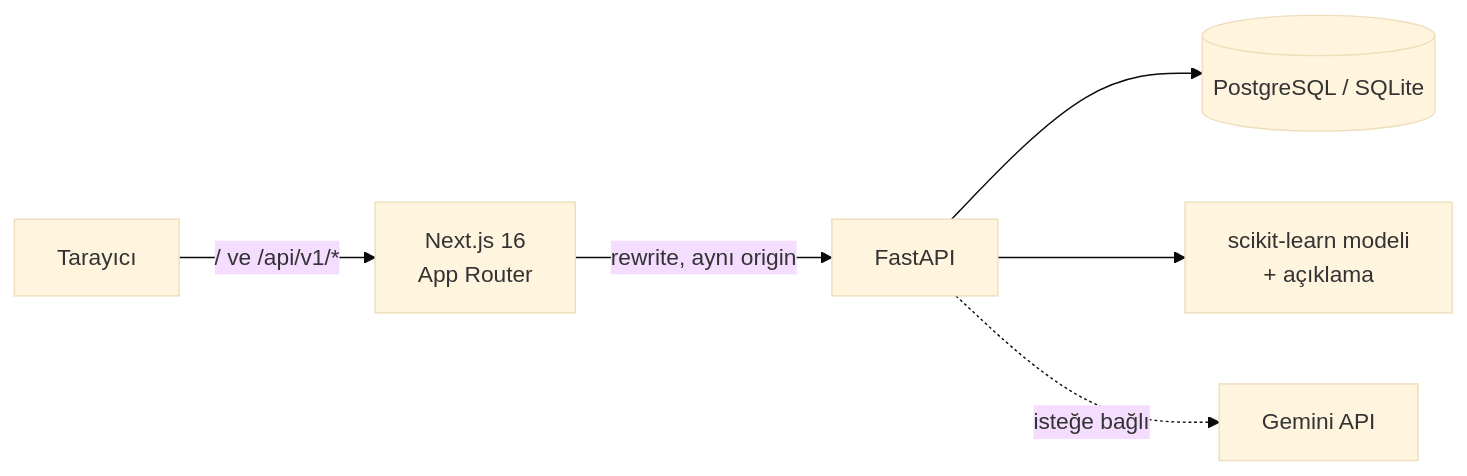
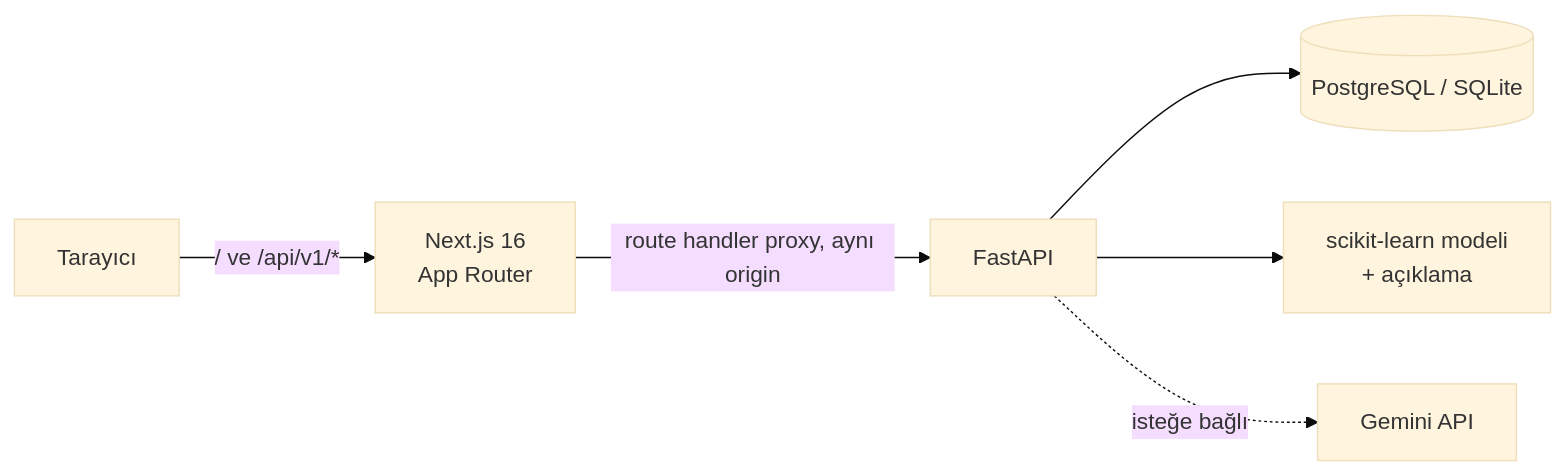
One commit to sevval-erzurum/neurotrack-ai changed the diagram in README.md. Above: the diagram before and after it, drawn with Mermaid (base theme). The commit also changed other lines of this file and 14 other files, not shown here.

````diff
--- a/README.md
+++ b/README.md
@@ -101,8 +107,8 @@
 ```mermaid
 flowchart LR
     B[Tarayıcı] -->|/ ve /api/v1/*| N[Next.js 16<br/>App Router]
-    N -->|rewrite, aynı origin| F[FastAPI]
+    N -->|route handler proxy, aynı origin| F[FastAPI]
     F --> DB[(PostgreSQL / SQLite)]
     F --> M[scikit-learn modeli<br/>+ açıklama]
     F -.isteğe bağlı.-> G[Gemini API]
 ```
````
